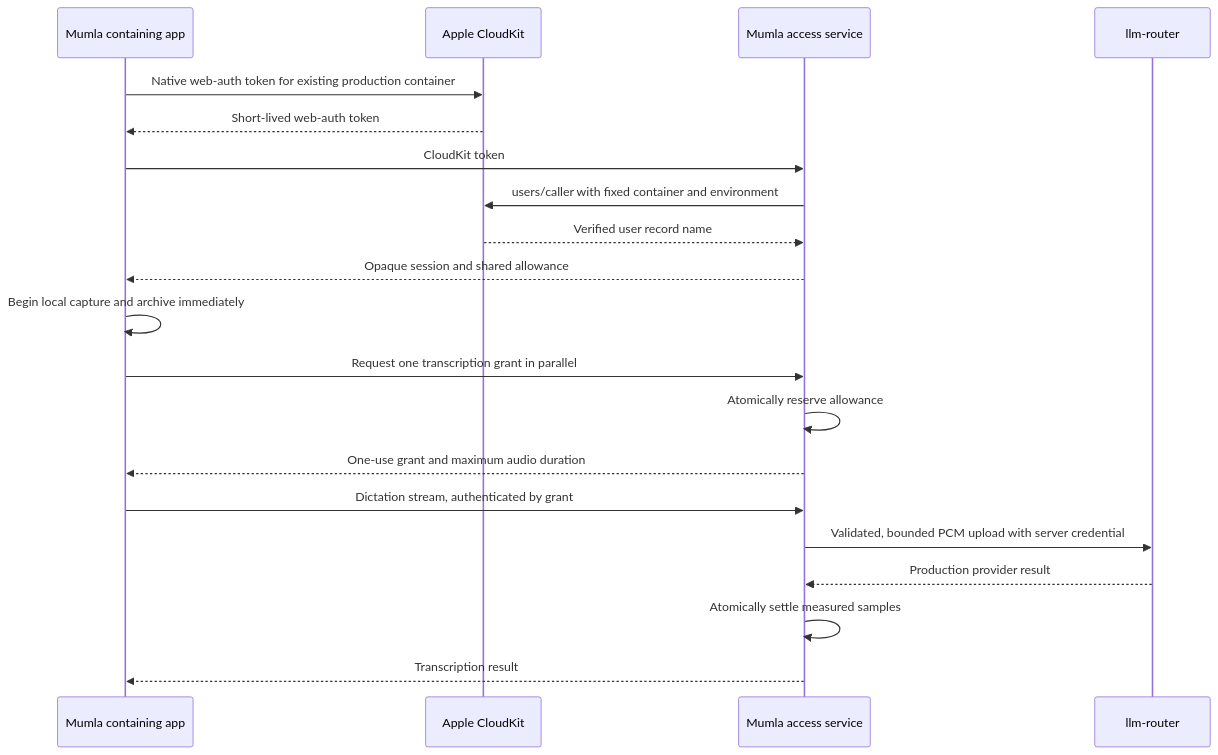
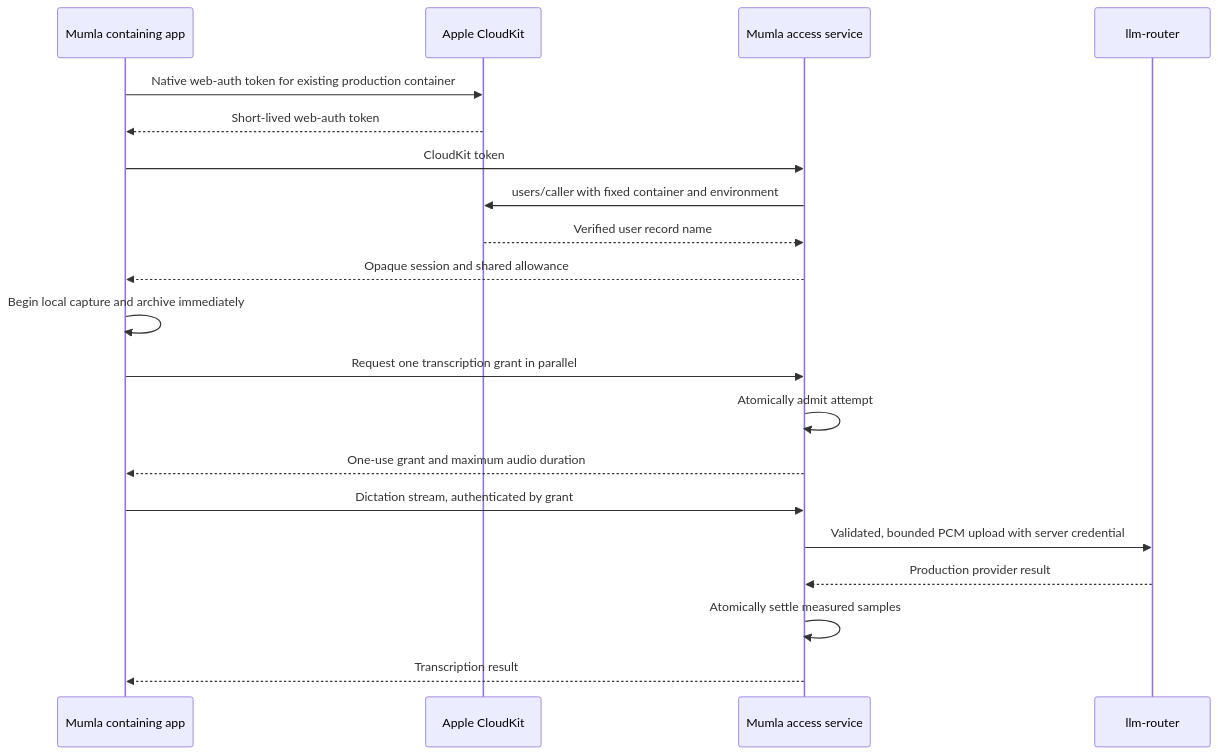
One commit to emileberhard/Mumla changed the diagram in docs/design/mumla-access-service.md. Above: the diagram before and after it, drawn with Mermaid. The commit also changed other lines of this file and 7 other files, not shown here.

````diff
--- a/docs/design/mumla-access-service.md
+++ b/docs/design/mumla-access-service.md
@@ -44,22 +44,22 @@
 ```mermaid
 sequenceDiagram
     participant A as Mumla containing app
     participant C as Apple CloudKit
     participant M as Mumla access service
     participant R as llm-router
     A->>C: Native web-auth token for existing production container
     C-->>A: Short-lived web-auth token
     A->>M: CloudKit token
     M->>C: users/caller with fixed container and environment
     C-->>M: Verified user record name
     M-->>A: Opaque session and shared allowance
     A->>A: Begin local capture and archive immediately
     A->>M: Request one transcription grant in parallel
-    M->>M: Atomically reserve allowance
+    M->>M: Atomically admit attempt
     M-->>A: One-use grant and maximum audio duration
     A->>M: Dictation stream, authenticated by grant
     M->>R: Validated, bounded PCM upload with server credential
     R-->>M: Production provider result
     M->>M: Atomically settle measured samples
     M-->>A: Transcription result
 ```
````
